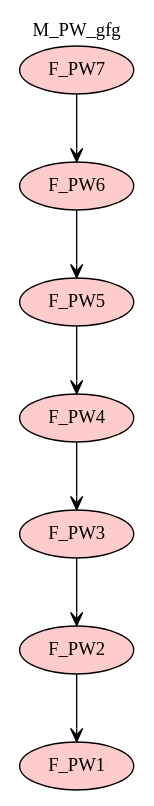
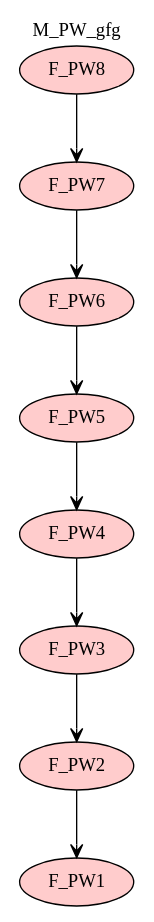
One commit to namalio/Fragmenta changed the diagram in Haskell/FragmentaTests/PetsWorld/img/M_PW_gfg.gv. Above: the diagram before and after it, drawn with Graphviz. The commit also changed 161 other files, not shown here.

```diff
--- a/Haskell/FragmentaTests/PetsWorld/img/M_PW_gfg.gv
+++ b/Haskell/FragmentaTests/PetsWorld/img/M_PW_gfg.gv
@@ -1,16 +1,18 @@
 digraph {graph[label=M_PW_gfg,labelloc=tl,labelfontsize=12];
 "F_PW1"[shape=oval,fillcolor="#FFCCCC",style ="filled",label="F_PW1"];
 "F_PW2"[shape=oval,fillcolor="#FFCCCC",style ="filled",label="F_PW2"];
 "F_PW3"[shape=oval,fillcolor="#FFCCCC",style ="filled",label="F_PW3"];
 "F_PW4"[shape=oval,fillcolor="#FFCCCC",style ="filled",label="F_PW4"];
 "F_PW5"[shape=oval,fillcolor="#FFCCCC",style ="filled",label="F_PW5"];
 "F_PW6"[shape=oval,fillcolor="#FFCCCC",style ="filled",label="F_PW6"];
 "F_PW7"[shape=oval,fillcolor="#FFCCCC",style ="filled",label="F_PW7"];
+"F_PW8"[shape=oval,fillcolor="#FFCCCC",style ="filled",label="F_PW8"];
 
 "F_PW2"->"F_PW1"[label=" ",dir=forward,arrowhead=vee];
 "F_PW3"->"F_PW2"[label=" ",dir=forward,arrowhead=vee];
 "F_PW4"->"F_PW3"[label=" ",dir=forward,arrowhead=vee];
 "F_PW5"->"F_PW4"[label=" ",dir=forward,arrowhead=vee];
 "F_PW6"->"F_PW5"[label=" ",dir=forward,arrowhead=vee];
 "F_PW7"->"F_PW6"[label=" ",dir=forward,arrowhead=vee];
+"F_PW8"->"F_PW7"[label=" ",dir=forward,arrowhead=vee];
 }
```
